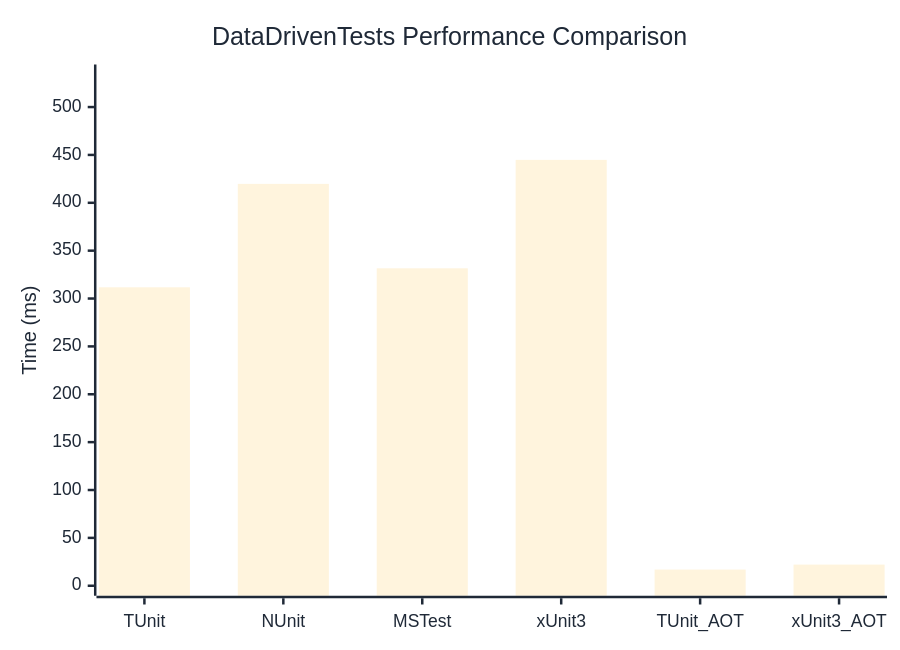
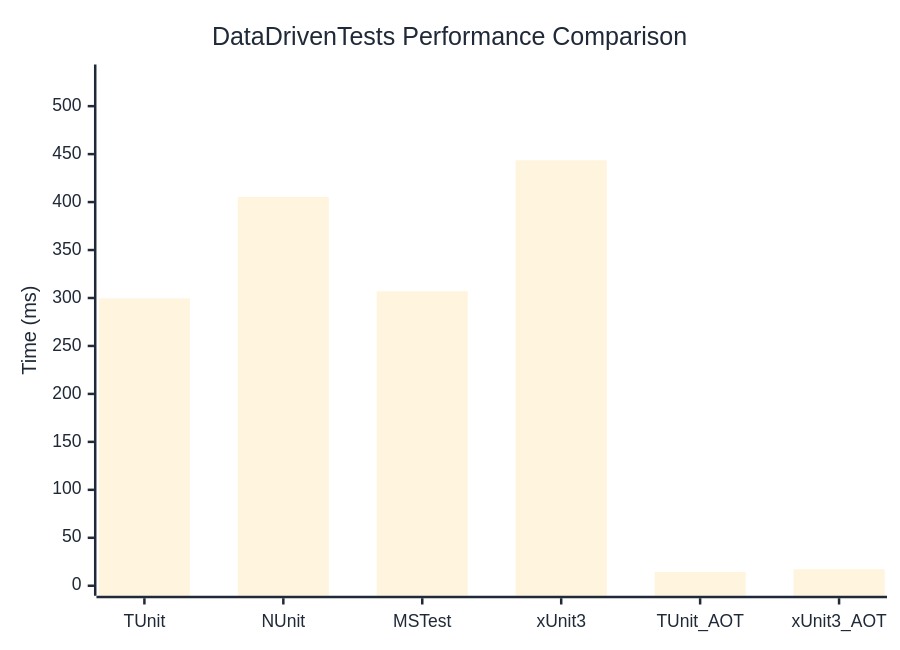
The diagram in docs/docs/benchmarks/engine/DataDrivenTests.md (thomhurst/TUnit), drawn with Mermaid before and after one commit. The commit also changed other lines of this file and 18 other files, not shown here.

````diff
--- a/docs/docs/benchmarks/engine/DataDrivenTests.md
+++ b/docs/docs/benchmarks/engine/DataDrivenTests.md
@@ -30,37 +30,37 @@
 ```mermaid
 %%{init: {
   'theme':'base',
   'themeVariables': {
     'primaryColor': '#2563eb',
     'primaryTextColor': '#1f2937',
     'primaryBorderColor': '#1e40af',
     'lineColor': '#6b7280',
     'secondaryColor': '#7c3aed',
     'tertiaryColor': '#dc2626',
     'background': '#ffffff',
     'mainBkg': '#2563eb',
     'secondBkg': '#7c3aed',
     'tertiaryBkg': '#dc2626',
     'clusterBkg': '#f3f4f6',
     'edgeLabelBackground': '#ffffff',
     'tertiaryTextColor': '#1f2937',
     'pie1': '#2563eb',
     'pie2': '#7c3aed',
     'pie3': '#dc2626',
     'pie4': '#f59e0b',
     'pie5': '#10b981',
     'pie6': '#06b6d4',
     'pie7': '#ec4899',
     'pie8': '#6366f1',
     'pie9': '#84cc16',
     'pie10': '#f97316',
     'pie11': '#14b8a6',
     'pie12': '#a855f7'
   }
 }}%%
 xychart-beta
   title "DataDrivenTests Performance Comparison"
   x-axis ["TUnit", "NUnit", "MSTest", "xUnit3", "TUnit_AOT", "xUnit3_AOT"]
-  y-axis "Time (ms)" 0 --> 534
-  bar [311.73, 419.76, 331.58, 444.83, 16.91, 22.1]
+  y-axis "Time (ms)" 0 --> 533
+  bar [299.49, 405.36, 307.09, 443.57, 14.25, 17.24]
 ```
````
